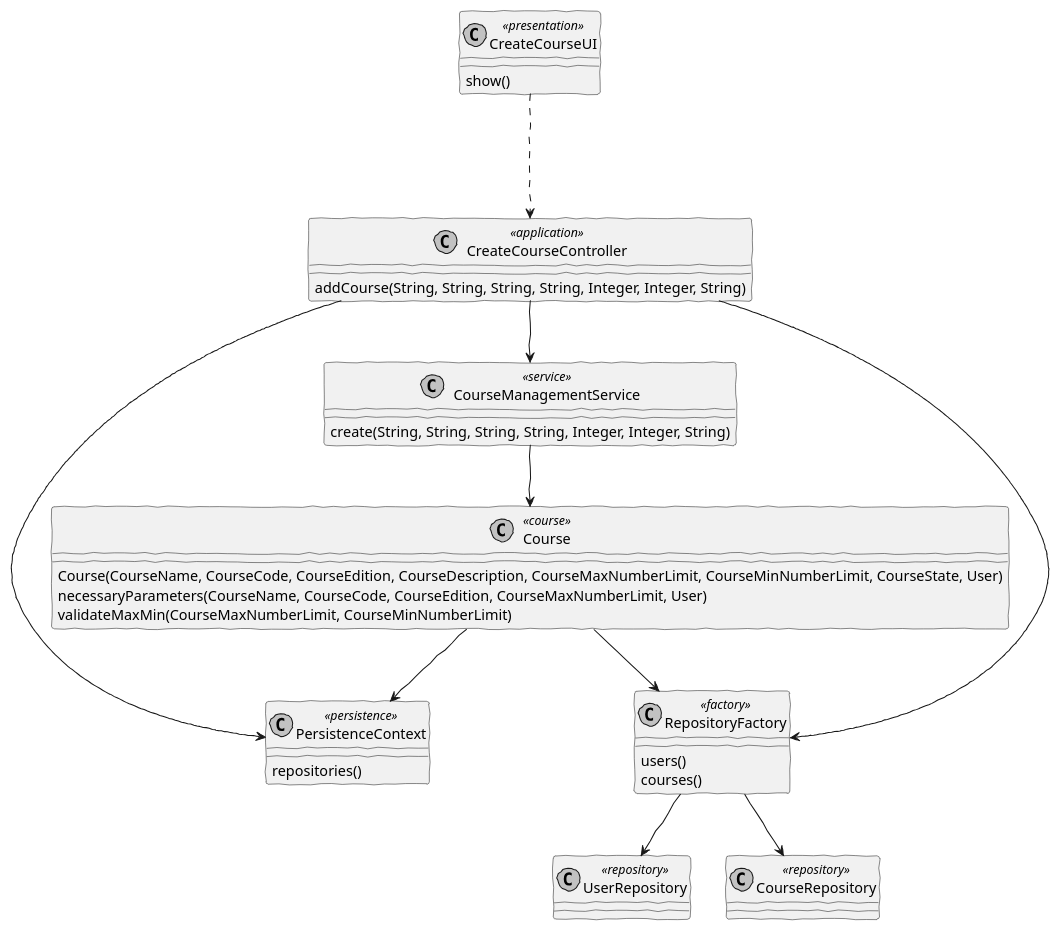
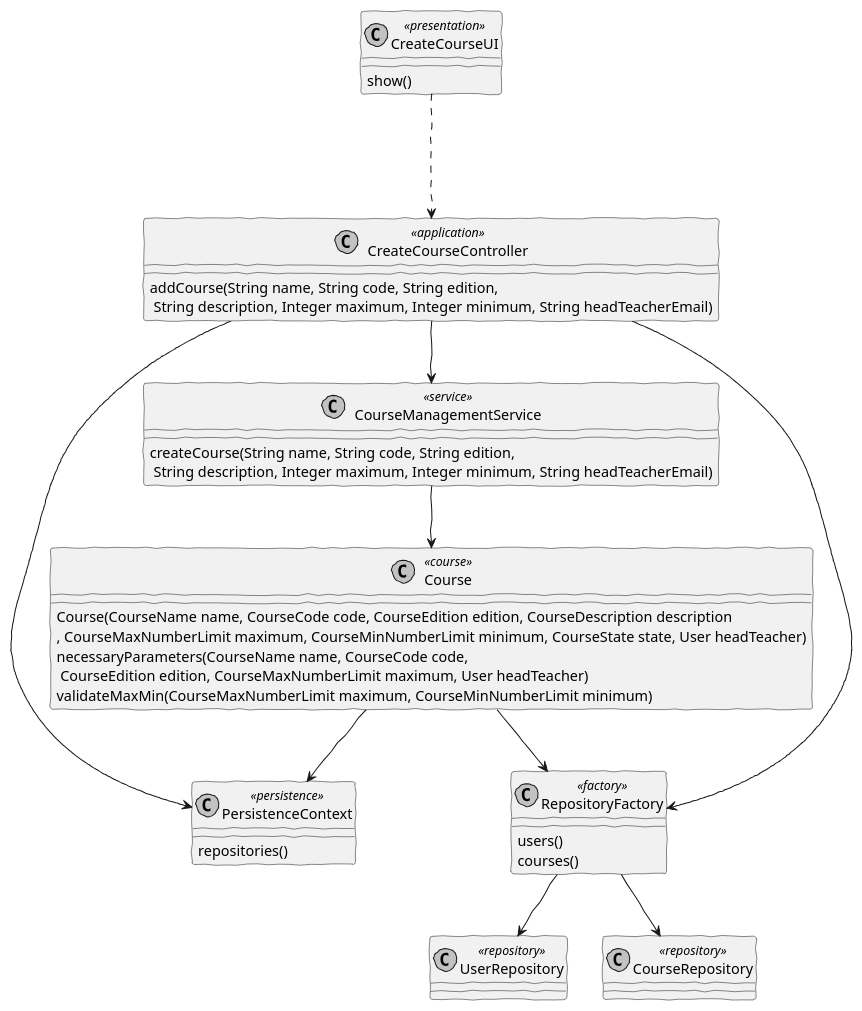
Before and after one commit to brunacosta03/sem4pi_22_23: the diagram in docs/SPRINT B/US_1002/CD/CD.puml, drawn with PlantUML. The commit also changed 4 other files, not shown here.

```diff
--- a/docs/SPRINT B/US_1002/CD/CD.puml
+++ b/docs/SPRINT B/US_1002/CD/CD.puml
@@ -1,59 +1,59 @@
 @startuml
 'https://plantuml.com/class-diagram
 
 skinparam handwritten true
 skinparam monochrome true
 skinparam packageStyle rect
 skinparam defaultFontName FG Virgil
 skinparam shadowing false
 
 class CreateCourseUI <<presentation>>
 class CreateCourseController<<application>>
 class CourseManagementService<<service>>
 class Course<<course>>
 class PersistenceContext<<persistence>>
 class RepositoryFactory<<factory>>
 class UserRepository <<repository>>
 class CourseRepository <<repository>>
 class Course <<course>>
 
 class CreateCourseUI{
 show()
 }
 
 class CreateCourseController{
-addCourse(String, String, String, String, Integer, Integer, String)
+addCourse(String name, String code, String edition,\n String description, Integer maximum, Integer minimum, String headTeacherEmail)
 }
 
 class CourseManagementService{
-create(String, String, String, String, Integer, Integer, String)
+createCourse(String name, String code, String edition,\n String description, Integer maximum, Integer minimum, String headTeacherEmail)
 }
 
 class Course{
-Course(CourseName, CourseCode, CourseEdition, CourseDescription, CourseMaxNumberLimit, CourseMinNumberLimit, CourseState, User)
-necessaryParameters(CourseName, CourseCode, CourseEdition, CourseMaxNumberLimit, User)
-validateMaxMin(CourseMaxNumberLimit, CourseMinNumberLimit)
+Course(CourseName name, CourseCode code, CourseEdition edition, CourseDescription description \n, CourseMaxNumberLimit maximum, CourseMinNumberLimit minimum, CourseState state, User headTeacher)
+necessaryParameters(CourseName name, CourseCode code,\n CourseEdition edition, CourseMaxNumberLimit maximum, User headTeacher)
+validateMaxMin(CourseMaxNumberLimit maximum, CourseMinNumberLimit minimum)
 }
 
 class PersistenceContext{
 repositories()
 }
 
 class RepositoryFactory{
 users()
 courses()
 }
 CreateCourseUI -.-> CreateCourseController
 
 CreateCourseController --> CourseManagementService
 CreateCourseController --> PersistenceContext
 CreateCourseController --> RepositoryFactory
 
 CourseManagementService --> Course
 
 Course --> PersistenceContext
 Course --> RepositoryFactory
 
 RepositoryFactory --> UserRepository
 RepositoryFactory --> CourseRepository
 @enduml
```
